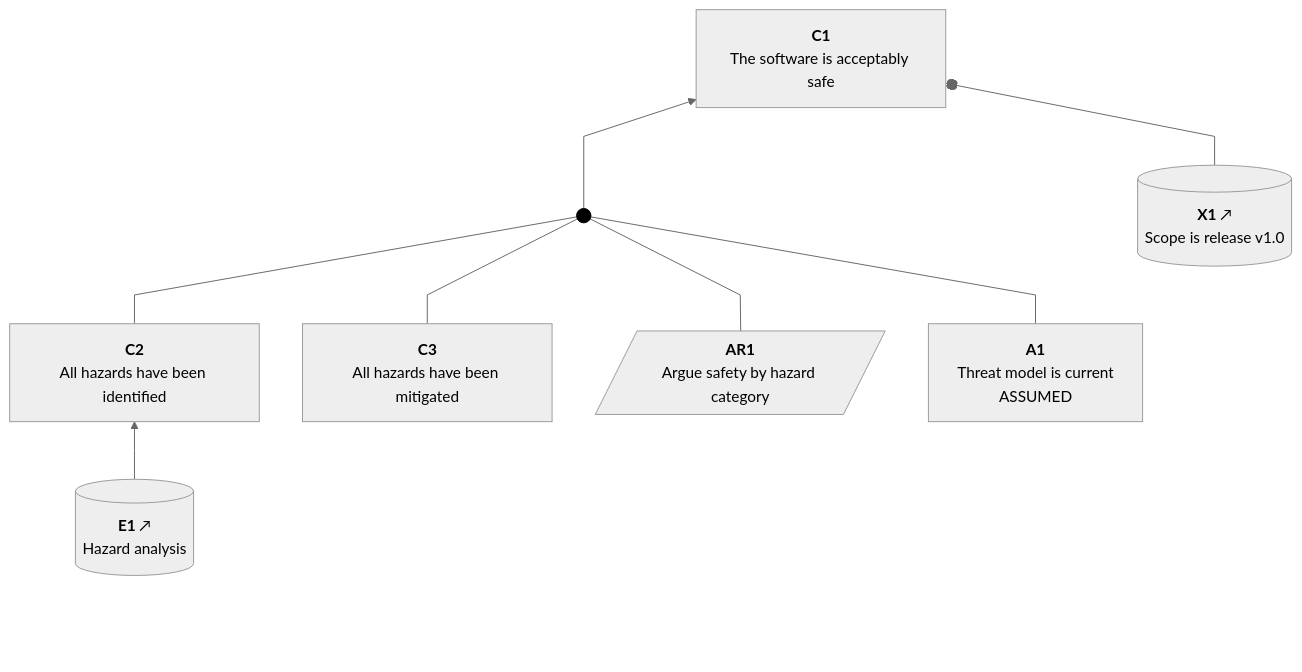
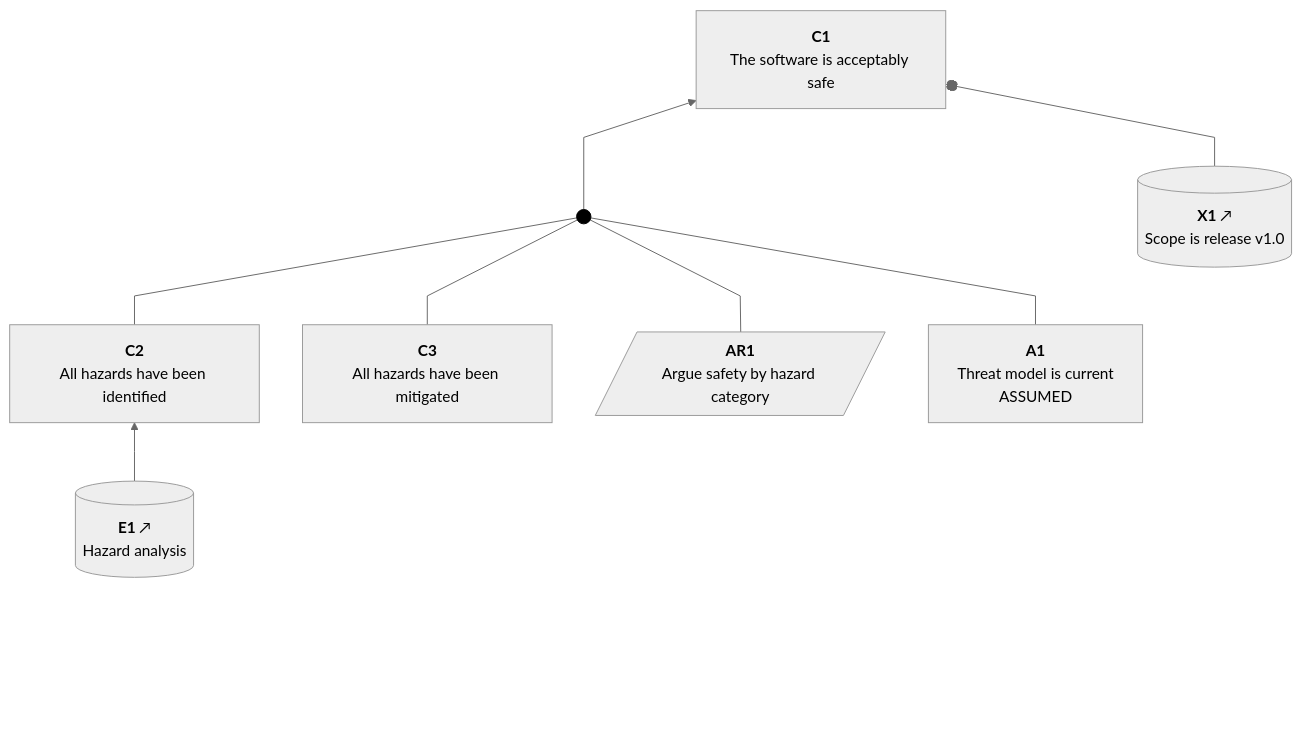
Before and after one commit to david-a-wheeler/verocase: the diagram in tests/fixtures/simple.sacm.mermaid.expected.md, drawn with Mermaid. The commit also changed 8 other files, not shown here.

First line of the commit message:
Force BottomPadding to have vertical height

````diff
--- a/tests/fixtures/simple.sacm.mermaid.expected.md
+++ b/tests/fixtures/simple.sacm.mermaid.expected.md
@@ -1,45 +1,45 @@
 ```mermaid
 ---
 config:
   theme: neutral
   flowchart:
     curve: linear
     htmlLabels: true
     rankSpacing: 60
     nodeSpacing: 45
     padding: 15
 ---
 flowchart BT
     classDef invisible opacity:0
     classDef sacmDot fill:#000,stroke:#000
     classDef connector fill:none,stroke:#cccccc,stroke-width:1px;
     classDef abstractClaim stroke-width:2px,stroke-dasharray: 5 5;
     C1["<b>C1</b><br>The software is acceptably safe"]
     AR1[/"<b>AR1</b><br>Argue safety by hazard category"/]
     A1["<b>A1</b><br>Threat model is current<br>ASSUMED"]
     X1[("<b>X1</b>&nbsp;↗<br>Scope is release v1.0")]
     C2["<b>C2</b><br>All hazards have been identified"]
     C3["<b>C3</b><br>All hazards have been mitigated"]
     E1[("<b>E1</b>&nbsp;↗<br>Hazard analysis")]
     Dot1((" ")):::sacmDot
     click C1 "https://github.com/david-a-wheeler/verocase/blob/main/tests/fixtures/simple.sacm.mermaid.expected.md#claim-c1"
     click AR1 "https://github.com/david-a-wheeler/verocase/blob/main/tests/fixtures/simple.sacm.mermaid.expected.md#strategy-ar1"
     click A1 "https://github.com/david-a-wheeler/verocase/blob/main/tests/fixtures/simple.sacm.mermaid.expected.md#assumption-a1"
     click X1 "https://github.com/david-a-wheeler/verocase/blob/main/tests/fixtures/simple.sacm.mermaid.expected.md#context-x1"
     click C2 "https://github.com/david-a-wheeler/verocase/blob/main/tests/fixtures/simple.sacm.mermaid.expected.md#claim-c2"
     click C3 "https://github.com/david-a-wheeler/verocase/blob/main/tests/fixtures/simple.sacm.mermaid.expected.md#claim-c3"
     click E1 "https://github.com/david-a-wheeler/verocase/blob/main/tests/fixtures/simple.sacm.mermaid.expected.md#evidence-e1"
 
-    BottomPadding1[ ]:::invisible ~~~ AR1
-    BottomPadding2[ ]:::invisible ~~~ A1
-    BottomPadding3[ ]:::invisible ~~~ X1
-    BottomPadding4[ ]:::invisible ~~~ C3
-    BottomPadding5[ ]:::invisible ~~~ E1
+    BottomPadding1["<br/><br/><br/>"]:::invisible ~~~ AR1
+    BottomPadding2["<br/><br/><br/>"]:::invisible ~~~ A1
+    BottomPadding3["<br/><br/><br/>"]:::invisible ~~~ X1
+    BottomPadding4["<br/><br/><br/>"]:::invisible ~~~ C3
+    BottomPadding5["<br/><br/><br/>"]:::invisible ~~~ E1
     E1 --> C2
     C2 --- Dot1
     C3 --- Dot1
     AR1 --- Dot1
     A1 --- Dot1
     Dot1 --> C1
     X1 --o C1
 ```
````
